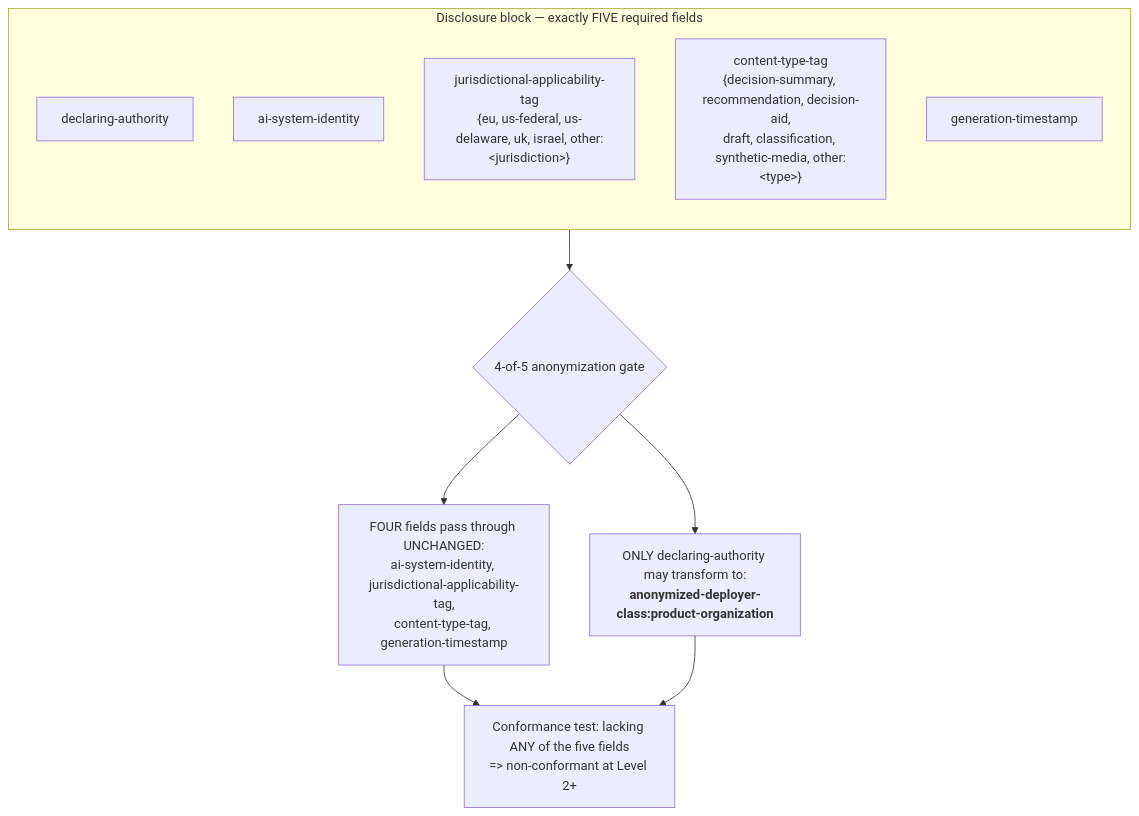
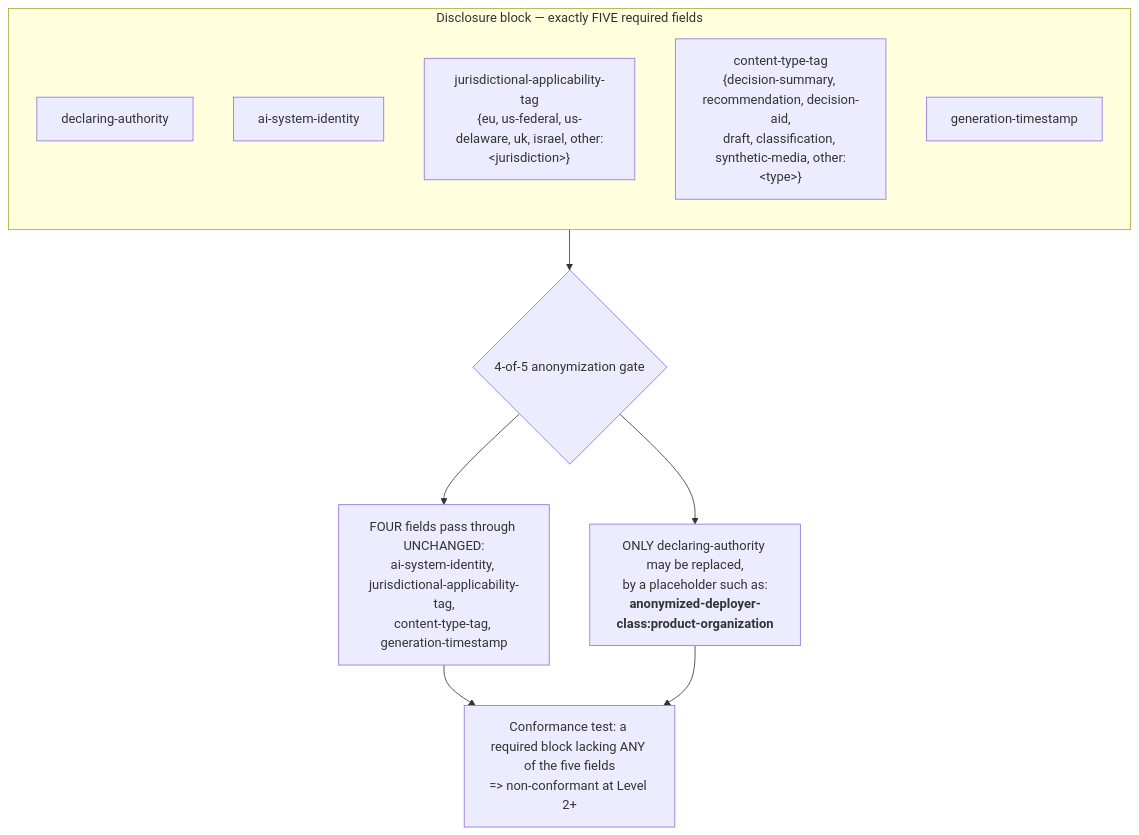
One commit to decision-provenance-standard/standard changed the third of 6 diagrams in spec/companion-D-diagrams.md. Above: the diagram before and after it, drawn with Mermaid. The commit also changed other lines of this file and 11 other files, not shown here.

````diff
--- a/spec/companion-D-diagrams.md
+++ b/spec/companion-D-diagrams.md
@@ -110,16 +110,16 @@
 ```mermaid
 flowchart TB
     subgraph block["Disclosure block — exactly FIVE required fields"]
         direction TB
         f1["declaring-authority"]
         f2["ai-system-identity"]
         f3["jurisdictional-applicability-tag<br/>{eu, us-federal, us-delaware, uk, israel, other:&lt;jurisdiction&gt;}"]
         f4["content-type-tag<br/>{decision-summary, recommendation, decision-aid,<br/>draft, classification, synthetic-media, other:&lt;type&gt;}"]
         f5["generation-timestamp"]
     end
     block --> anon{"4-of-5 anonymization gate"}
     anon --> pass["FOUR fields pass through UNCHANGED:<br/>ai-system-identity, jurisdictional-applicability-tag,<br/>content-type-tag, generation-timestamp"]
-    anon --> transform["ONLY declaring-authority may transform to:<br/><b>anonymized-deployer-class:product-organization</b>"]
-    pass --> test["Conformance test: lacking ANY of the five fields<br/>=&gt; non-conformant at Level 2+"]
+    anon --> transform["ONLY declaring-authority may be replaced,<br/>by a placeholder such as:<br/><b>anonymized-deployer-class:product-organization</b>"]
+    pass --> test["Conformance test: a required block lacking ANY of the five fields<br/>=&gt; non-conformant at Level 2+"]
     transform --> test
 ```
````
